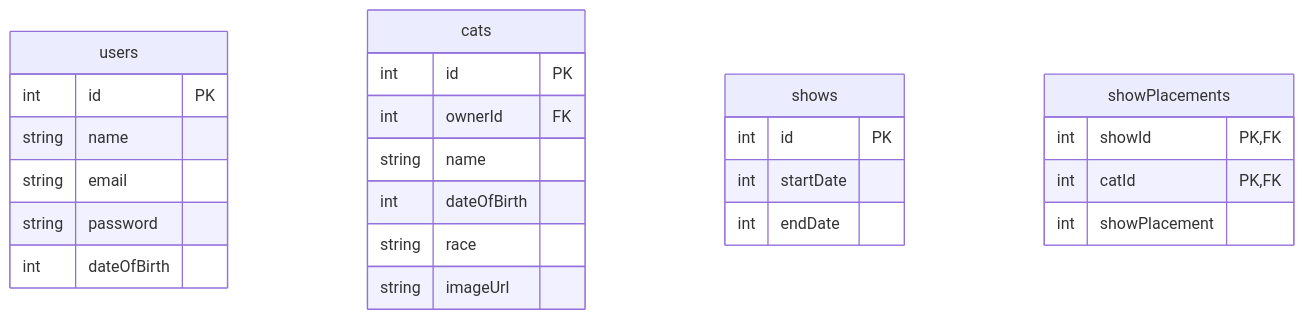
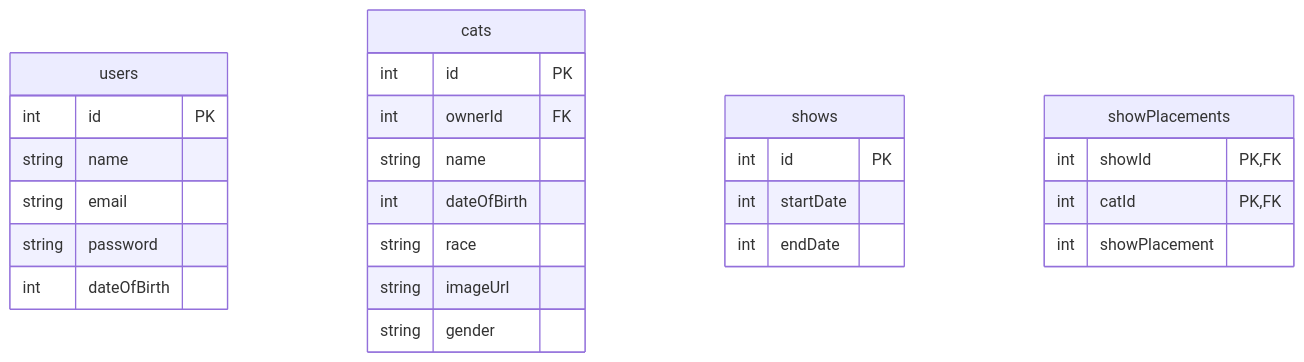
Before and after one commit to zealand-cs/Racekatteklubben: the diagram in diagrams/ERDiagram.md, drawn with Mermaid. The commit also changed 2 other files, not shown here.

Commit message:
navngivning, samt ClassDiagram.md

````diff
--- a/diagrams/ERDiagram.md
+++ b/diagrams/ERDiagram.md
@@ -3,31 +3,32 @@
 ```mermaid
 erDiagram
     users {
         int id PK
         string name
         string email
         string password
         int dateOfBirth
     }
 
     cats {
         int id PK
         int ownerId FK
         string name
         int dateOfBirth
         string race
         string imageUrl
+        string gender
     }
 
     shows {
         int id PK
         int startDate
         int endDate
     }
 
     showPlacements {
         int showId PK, FK
         int catId PK, FK
         int showPlacement
     }
 ```
````
